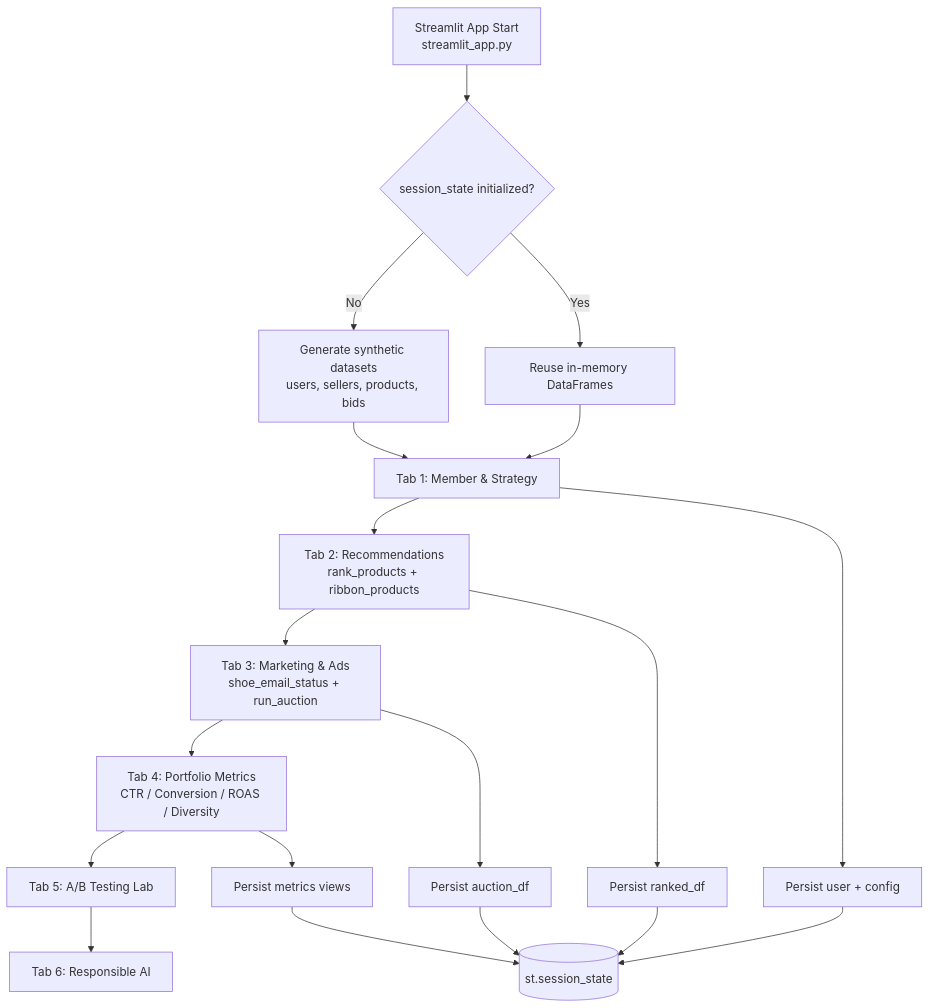
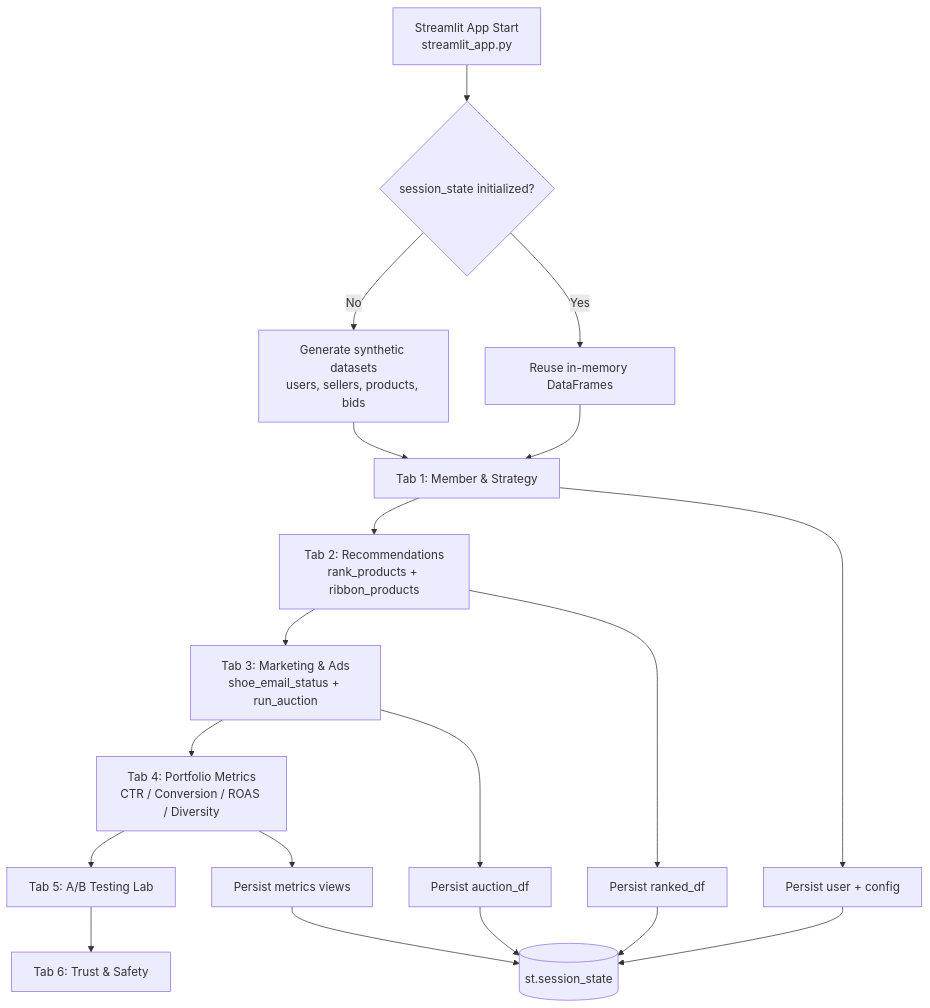
Before and after one commit to bharat2476/blank-app: the diagram in architecture diagram.md, drawn with Mermaid. The commit also changed other lines of this file and 9 other files, not shown here.

````diff
--- a/architecture diagram.md
+++ b/architecture diagram.md
@@ -7,23 +7,23 @@
 ```mermaid
 flowchart TD
     A[Streamlit App Start<br/>streamlit_app.py] --> B{session_state initialized?}
     B -- No --> C[Generate synthetic datasets<br/>users, sellers, products, bids]
     B -- Yes --> D[Reuse in-memory DataFrames]
     C --> E1[Tab 1: Member & Strategy]
     D --> E1
 
     E1 --> E2[Tab 2: Recommendations<br/>rank_products + ribbon_products]
     E2 --> E3[Tab 3: Marketing & Ads<br/>shoe_email_status + run_auction]
     E3 --> E4[Tab 4: Portfolio Metrics<br/>CTR / Conversion / ROAS / Diversity]
     E4 --> E5[Tab 5: A/B Testing Lab]
-    E5 --> E6[Tab 6: Responsible AI]
+    E5 --> E6[Tab 6: Trust & Safety]
 
     E1 --> S1[Persist user + config]
     E2 --> S2[Persist ranked_df]
     E3 --> S3[Persist auction_df]
     E4 --> S4[Persist metrics views]
     S1 --> SS[(st.session_state)]
     S2 --> SS
     S3 --> SS
     S4 --> SS
 ```
````
